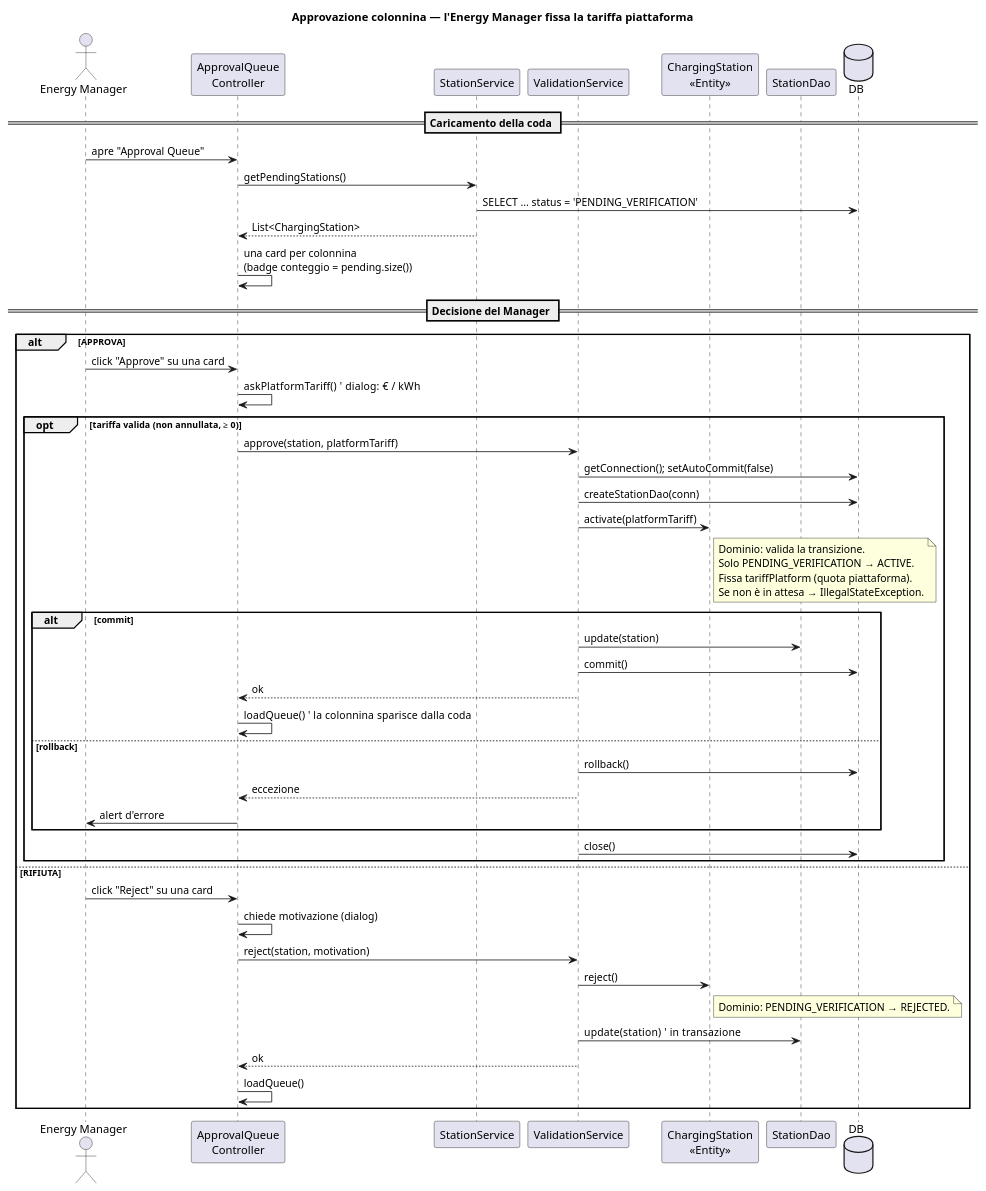
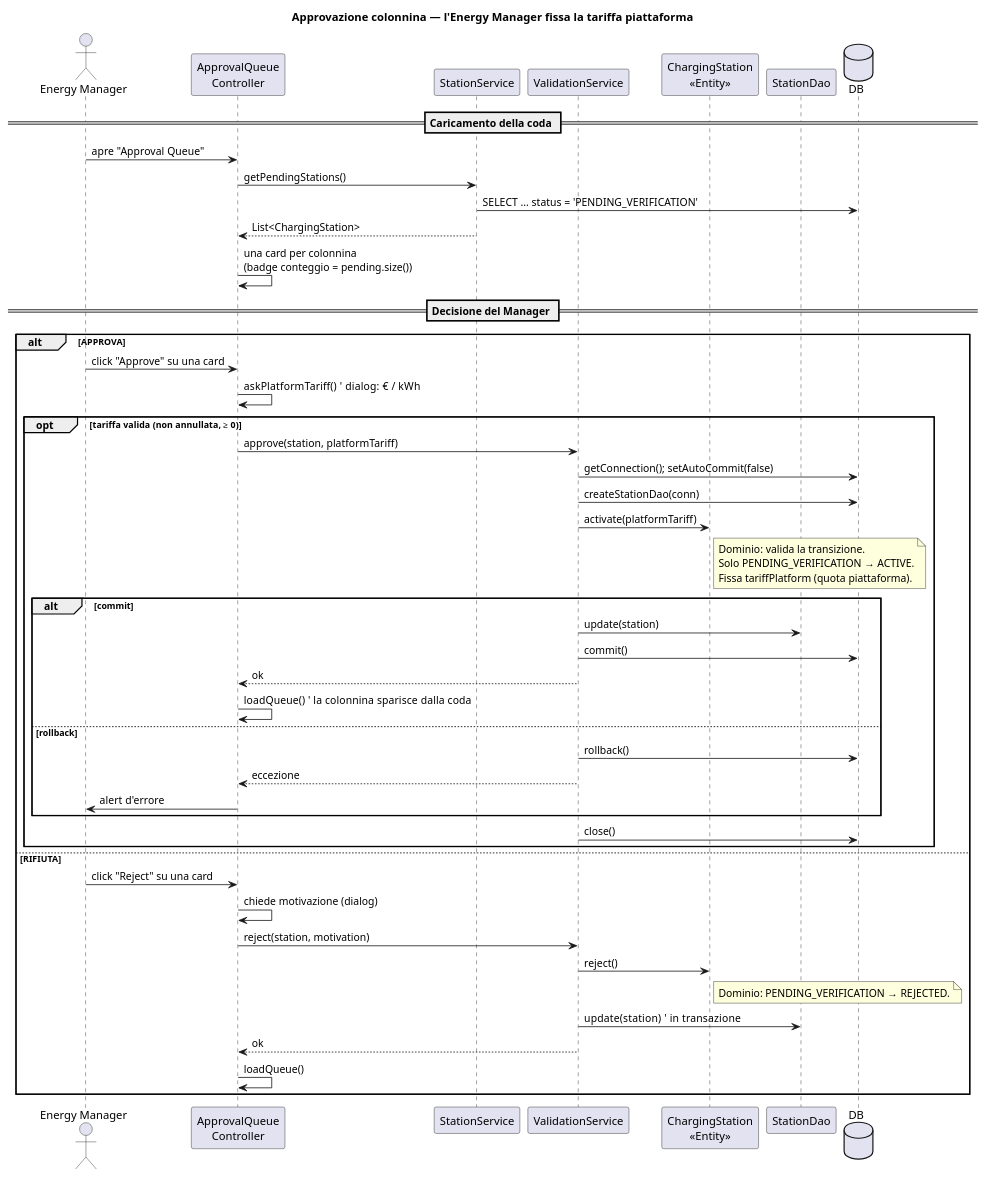
One commit to TommasoSottili/ChargeNet changed the diagram in docs/sequence-diagram-station-approval.puml. Above: the diagram before and after it, drawn with PlantUML. The commit also changed 10 other files, not shown here.

```diff
--- a/docs/sequence-diagram-station-approval.puml
+++ b/docs/sequence-diagram-station-approval.puml
@@ -1,58 +1,57 @@
 @startuml Station_Approval
 title Approvazione colonnina — l'Energy Manager fissa la tariffa piattaforma
 
 actor "Energy Manager" as MGR
 participant "ApprovalQueue\nController" as C
 participant "StationService" as STS
 participant "ValidationService" as VS
 participant "ChargingStation\n«Entity»" as STA
 participant "StationDao" as SD
 database "DB" as DB
 
 == Caricamento della coda ==
 MGR -> C : apre "Approval Queue"
 C -> STS : getPendingStations()
 STS -> DB : SELECT ... status = 'PENDING_VERIFICATION'
 STS --> C : List<ChargingStation>
 C -> C : una card per colonnina\n(badge conteggio = pending.size())
 
 == Decisione del Manager ==
 alt APPROVA
     MGR -> C : click "Approve" su una card
     C -> C : askPlatformTariff()   ' dialog: € / kWh
     opt tariffa valida (non annullata, ≥ 0)
         C -> VS : approve(station, platformTariff)
         VS -> DB : getConnection(); setAutoCommit(false)
         VS -> DB : createStationDao(conn)
         VS -> STA : activate(platformTariff)
         note right of STA
             Dominio: valida la transizione.
             Solo PENDING_VERIFICATION → ACTIVE.
             Fissa tariffPlatform (quota piattaforma).
-            Se non è in attesa → IllegalStateException.
         end note
         alt commit
             VS -> SD : update(station)
             VS -> DB : commit()
             VS --> C : ok
             C -> C : loadQueue()   ' la colonnina sparisce dalla coda
         else rollback
             VS -> DB : rollback()
             VS --> C : eccezione
             C -> MGR : alert d'errore
         end
         VS -> DB : close()
     end
 else RIFIUTA
     MGR -> C : click "Reject" su una card
     C -> C : chiede motivazione (dialog)
     C -> VS : reject(station, motivation)
     VS -> STA : reject()
     note right of STA
         Dominio: PENDING_VERIFICATION → REJECTED.
     end note
     VS -> SD : update(station)   ' in transazione
     VS --> C : ok
     C -> C : loadQueue()
 end
 @enduml
```
